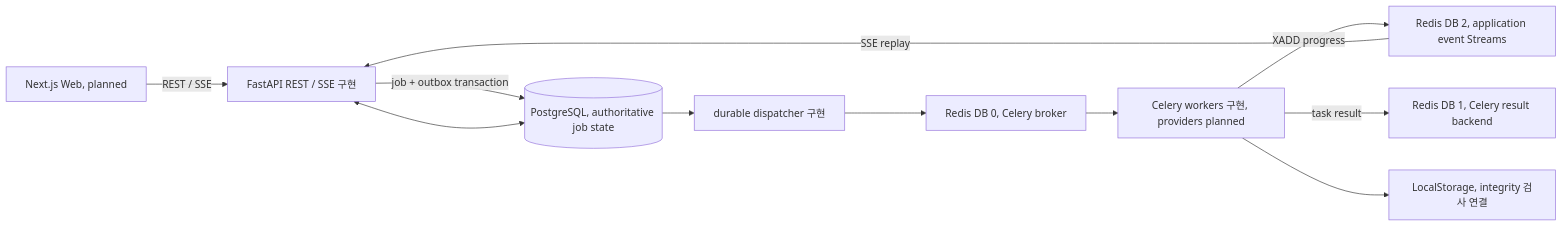
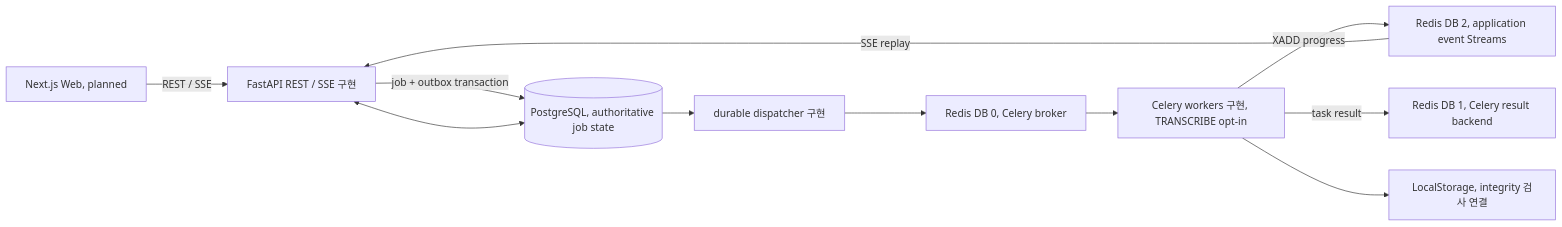
One commit to reha-design/MusicSheet changed the diagram in README.md. Above: the diagram before and after it, drawn with Mermaid. The commit also changed other lines of this file and 17 other files, not shown here.

````diff
--- a/README.md
+++ b/README.md
@@ -45,13 +45,13 @@
 ```mermaid
 flowchart LR
     Web[Next.js Web, planned] -->|REST / SSE| API[FastAPI REST / SSE 구현]
     API -->|job + outbox transaction| PostgreSQL
     PostgreSQL --> Dispatcher[durable dispatcher 구현]
     Dispatcher --> Broker[Redis DB 0, Celery broker]
-    Broker --> Workers[Celery workers 구현, providers planned]
+    Broker --> Workers[Celery workers 구현, TRANSCRIBE opt-in]
     Workers -->|XADD progress| Events[Redis DB 2, application event Streams]
     Events -->|SSE replay| API
     API <--> PostgreSQL[(PostgreSQL, authoritative job state)]
     Workers -->|task result| Results[Redis DB 1, Celery result backend]
     Workers --> Storage[LocalStorage, integrity 검사 연결]
 ```
````
